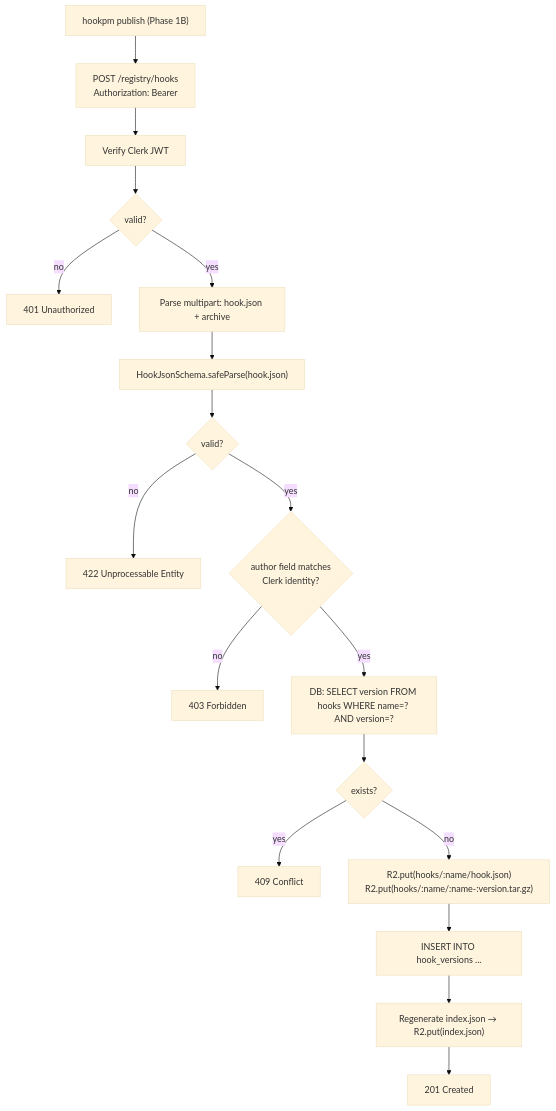
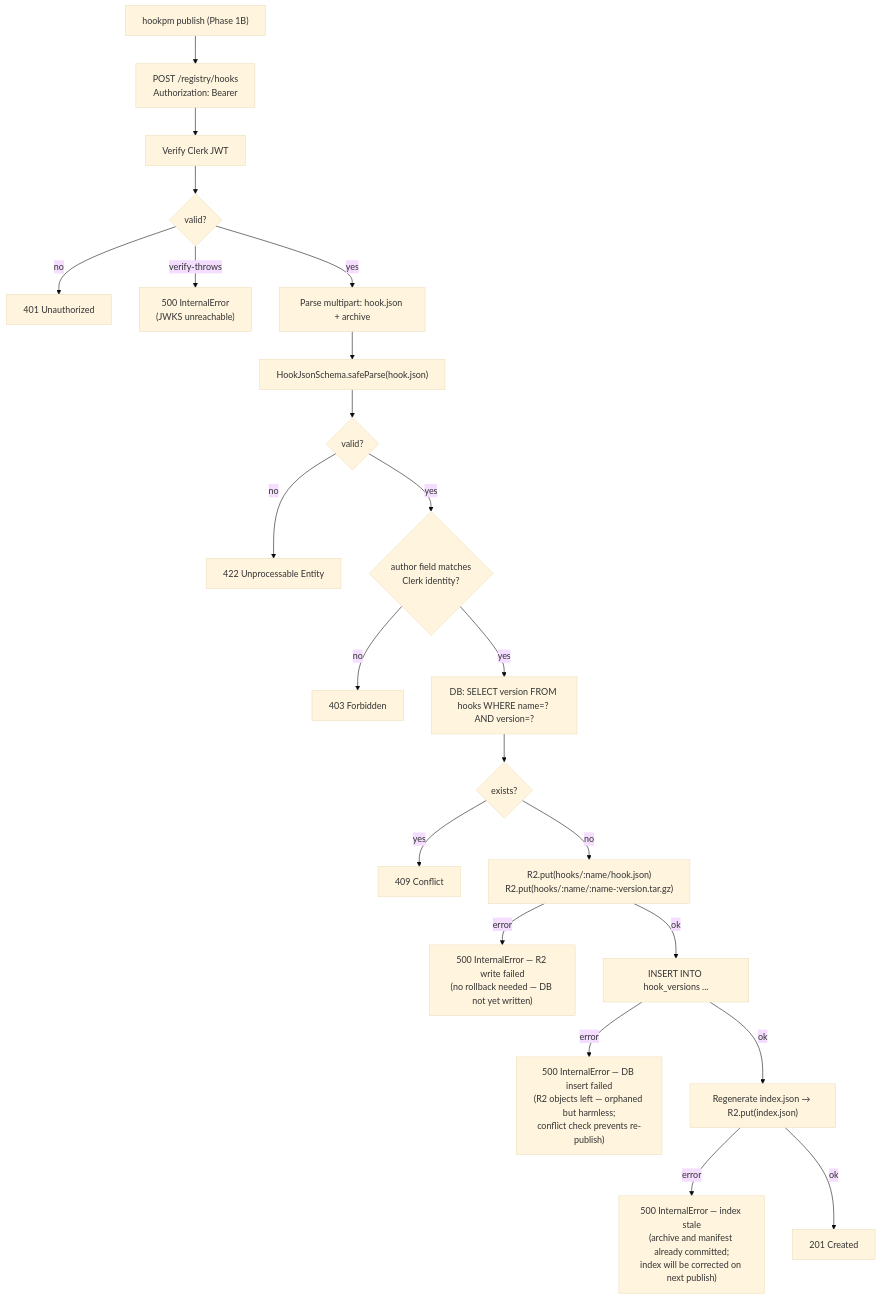
The third of 4 diagrams in docs/design/2026-03-10-api-routes.md (nafistiham/hook-marketplace), drawn with Mermaid (base theme) before and after one commit. The commit also changed other lines of this file, not shown here.

````diff
--- a/docs/design/2026-03-10-api-routes.md
+++ b/docs/design/2026-03-10-api-routes.md
@@ -106,39 +106,47 @@
 ```mermaid
 flowchart TD
     Start["hookpm publish (Phase 1B)"]
     Auth["POST /registry/hooks\nAuthorization: Bearer <clerk-jwt>"]
     VerifyJWT["Verify Clerk JWT"]
     JWTFail{"valid?"}
     JWTErr["401 Unauthorized"]
+    JWTVerifyErr["500 InternalError\n(JWKS unreachable)"]
     ParseBody["Parse multipart: hook.json + archive"]
     ValidateSchema["HookJsonSchema.safeParse(hook.json)"]
     SchemaFail{"valid?"}
     SchemaErr["422 Unprocessable Entity"]
     CheckAuthor{"author field matches\nClerk identity?"}
     AuthorErr["403 Forbidden"]
     CheckDuplicate["DB: SELECT version FROM hooks WHERE name=? AND version=?"]
     DupFail{"exists?"}
     DupErr["409 Conflict"]
     UploadR2["R2.put(hooks/:name/hook.json)\nR2.put(hooks/:name/:name-:version.tar.gz)"]
+    R2Err["500 InternalError — R2 write failed\n(no rollback needed — DB not yet written)"]
     WriteDB["INSERT INTO hook_versions ..."]
+    DBErr["500 InternalError — DB insert failed\n(R2 objects left — orphaned but harmless;\nconflict check prevents re-publish)"]
     UpdateIndex["Regenerate index.json → R2.put(index.json)"]
+    IndexErr["500 InternalError — index stale\n(archive and manifest already committed;\nindex will be corrected on next publish)"]
     Done["201 Created"]
 
     Start --> Auth
     Auth --> VerifyJWT
     VerifyJWT --> JWTFail
     JWTFail -->|no| JWTErr
     JWTFail -->|yes| ParseBody
+    JWTFail -->|verify-throws| JWTVerifyErr
     ParseBody --> ValidateSchema
     ValidateSchema --> SchemaFail
     SchemaFail -->|no| SchemaErr
     SchemaFail -->|yes| CheckAuthor
     CheckAuthor -->|no| AuthorErr
     CheckAuthor -->|yes| CheckDuplicate
     CheckDuplicate --> DupFail
     DupFail -->|yes| DupErr
     DupFail -->|no| UploadR2
-    UploadR2 --> WriteDB
-    WriteDB --> UpdateIndex
-    UpdateIndex --> Done
+    UploadR2 -->|error| R2Err
+    UploadR2 -->|ok| WriteDB
+    WriteDB -->|error| DBErr
+    WriteDB -->|ok| UpdateIndex
+    UpdateIndex -->|error| IndexErr
+    UpdateIndex -->|ok| Done
 ```
````
